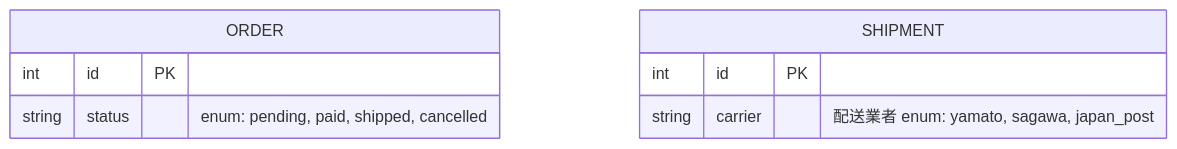
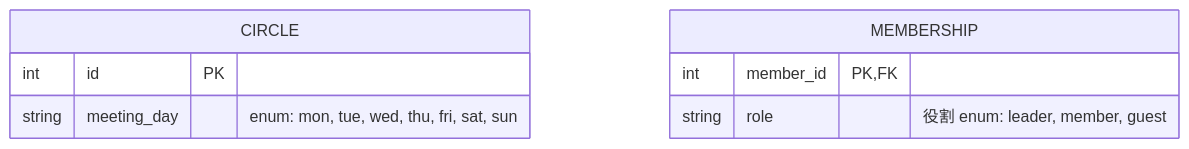
The third of 3 diagrams in README.md (ikisuke/er-tools), drawn with Mermaid before and after one commit. The commit also changed other lines of this file and 11 other files, not shown here.

````diff
--- a/README.md
+++ b/README.md
@@ -150,11 +150,11 @@
 ```mermaid
 erDiagram
-    ORDER {
+    CIRCLE {
         int id PK
-        string status "enum: pending, paid, shipped, cancelled"
+        string meeting_day "enum: mon, tue, wed, thu, fri, sat, sun"
     }
-    SHIPMENT {
-        int id PK
-        string carrier "配送業者 enum: yamato, sagawa, japan_post"
+    MEMBERSHIP {
+        int member_id PK, FK
+        string role "役割 enum: leader, member, guest"
     }
 ```
````
